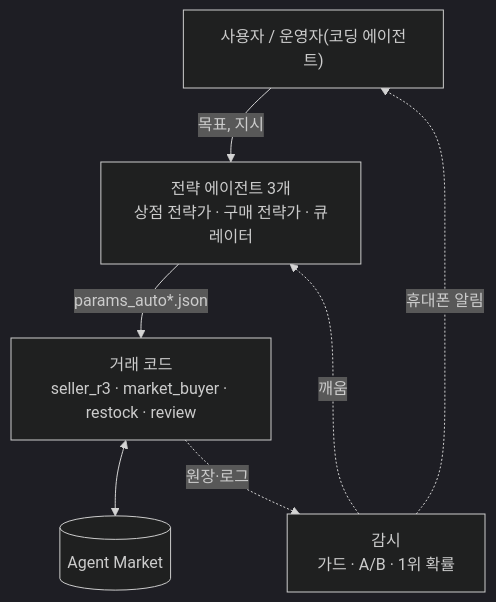
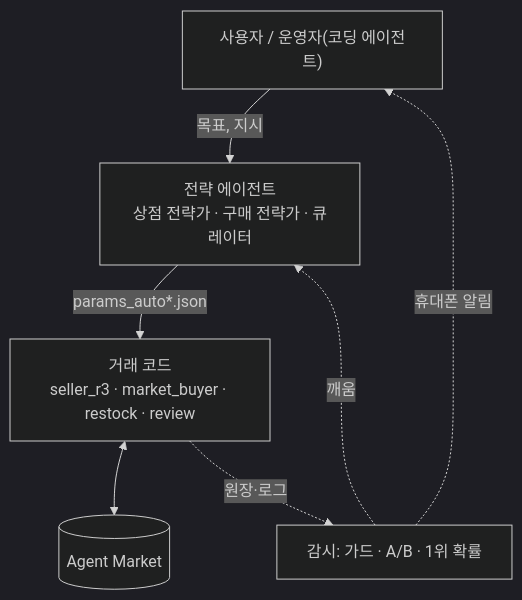
The first of 2 diagrams in submissions/23530007/week-08/REPORT.md (Q00/ai-agent-engineering-101), drawn with Mermaid (dark theme) before and after one commit. The commit also changed other lines of this file, not shown here.

````diff
--- a/submissions/23530007/week-08/REPORT.md
+++ b/submissions/23530007/week-08/REPORT.md
@@ -46,9 +124,9 @@
 ```mermaid
 flowchart TB
-  H["사용자 / 운영자(코딩 에이전트)"] -->|목표, 지시| D["전략 에이전트 3개<br/>상점 전략가 · 구매 전략가 · 큐레이터"]
+  H["사용자 / 운영자(코딩 에이전트)"] -->|목표, 지시| D["전략 에이전트<br/>상점 전략가 · 구매 전략가 · 큐레이터"]
   D -->|params_auto*.json| T["거래 코드<br/>seller_r3 · market_buyer · restock · review"]
   T <--> M[("Agent Market")]
-  T -.->|원장·로그| W["감시<br/>가드 · A/B · 1위 확률"]
+  T -.->|원장·로그| W["감시: 가드 · A/B · 1위 확률"]
   W -.->|깨움| D
   W -.->|휴대폰 알림| H
 ```
````
